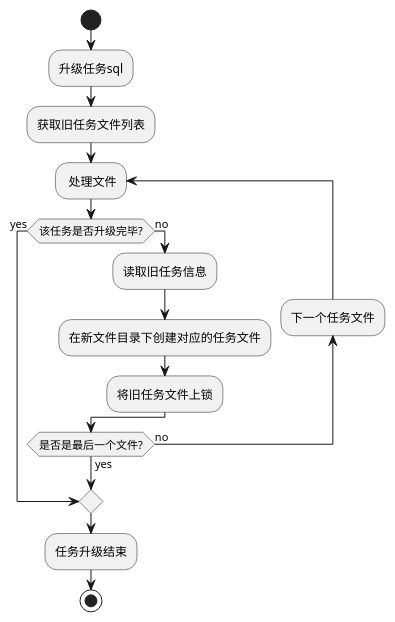
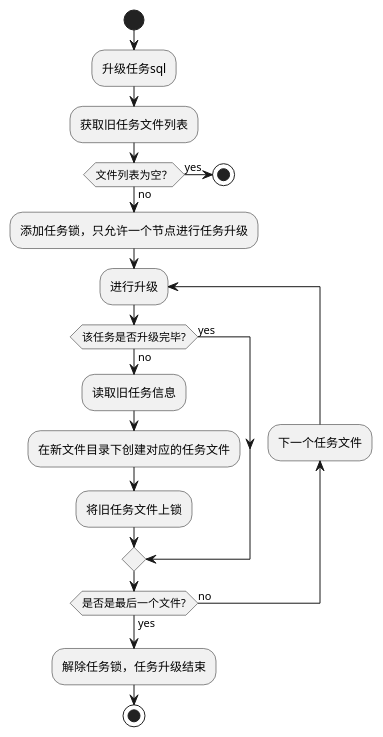
Diagram 27 of 34 in 东方国信工作资料/compaction/compaction重构介绍ppt思维导图.md (HarpsealCC/note), drawn with PlantUML before and after one commit. The commit also changed other lines of this file, not shown here.

````diff
--- a/东方国信工作资料/compaction/compaction重构介绍ppt思维导图.md
+++ b/东方国信工作资料/compaction/compaction重构介绍ppt思维导图.md
@@ -498,22 +499,26 @@
 ```plantuml
 @startuml
 
 start
 :升级任务sql;
+
 :获取旧任务文件列表;
-repeat: 处理文件
-if (该任务是否升级完毕?) then (yes)
-  break;
+if(文件列表为空？) then (yes)
+stop
 else (no)
-  :读取旧任务信息;
-  :在新文件目录下创建对应的任务文件;
-  :将旧任务文件上锁;
-endif
-backward:下一个任务文件;
-repeat while (是否是最后一个文件?)is(no) not(yes)
+	:添加任务锁，只允许一个节点进行任务升级;
+	repeat:进行升级 
+		if (该任务是否升级完毕?) then (yes)
+		else (no)
+			:读取旧任务信息;
+			:在新文件目录下创建对应的任务文件;
+			:将旧任务文件上锁;
+		endif
+		backward:下一个任务文件;
+	repeat while (是否是最后一个文件?)is(no) not(yes)
 
-:任务升级结束;
+:解除任务锁，任务升级结束;
 stop
 
 @enduml
 ```
````
